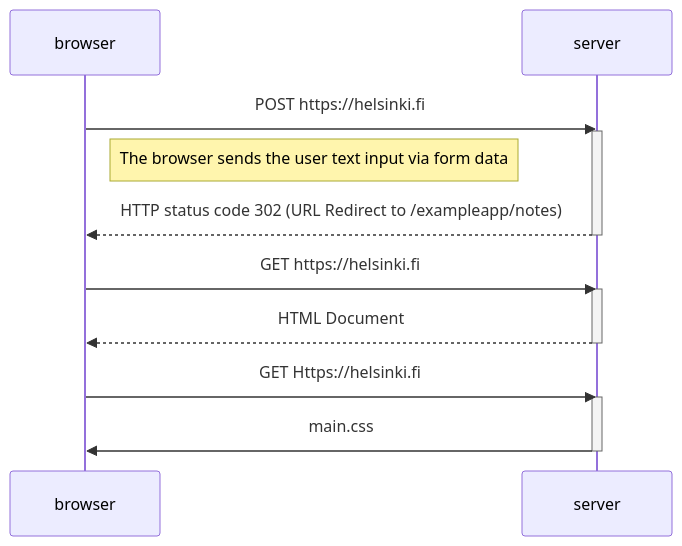
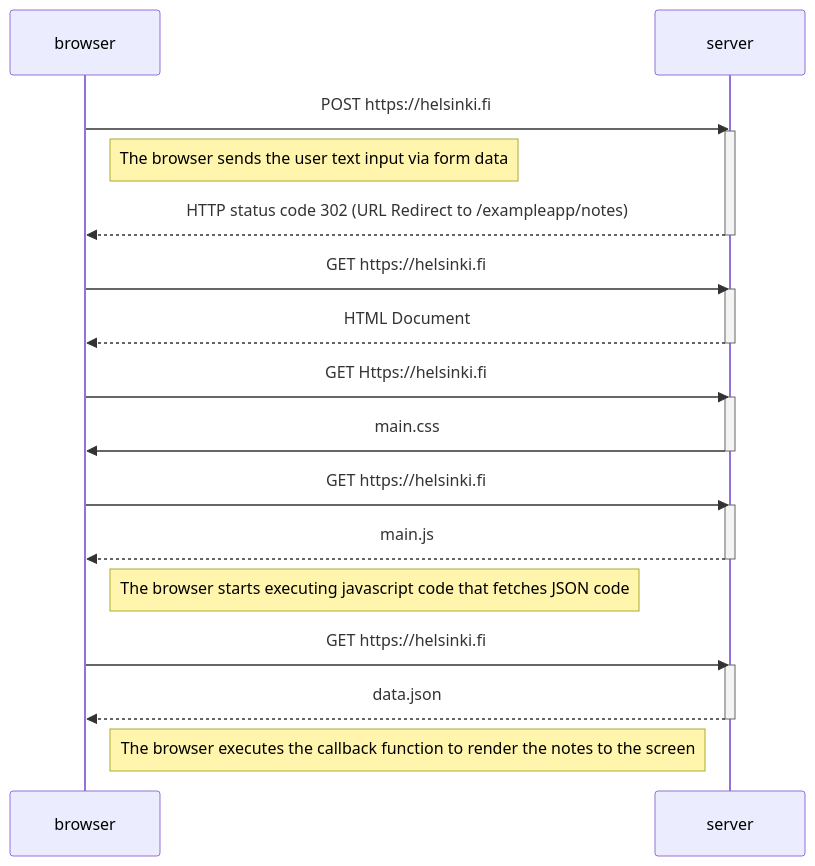
One commit to gokuman86/fullstackopen changed the diagram in part0/0.4.md. Above: the diagram before and after it, drawn with Mermaid.

````diff
--- a/part0/0.4.md
+++ b/part0/0.4.md
@@ -1,21 +1,35 @@
 ```mermaid
 sequenceDiagram
   participant browser
   participant server
 
   browser->>server: POST https://helsinki.fi
   activate server
   Note right of browser: The browser sends the user text input via form data
   server-->>browser: HTTP status code 302 (URL Redirect to /exampleapp/notes)
   deactivate server
 
   browser->>server: GET https://helsinki.fi
   activate server
   server-->>browser: HTML Document
   deactivate server
 
   browser->>server: GET Https://helsinki.fi
   activate server
   server->>browser: main.css
   deactivate server
+
+  browser->>server: GET https://helsinki.fi
+  activate server
+  server-->>browser: main.js
+  deactivate server
+
+  Note right of browser: The browser starts executing javascript code that fetches JSON code
+
+  browser->>server: GET https://helsinki.fi
+  activate server
+  server-->>browser: data.json
+  deactivate server
+
+  Note right of browser: The browser executes the callback function to render the notes to the screen
 ```
````
